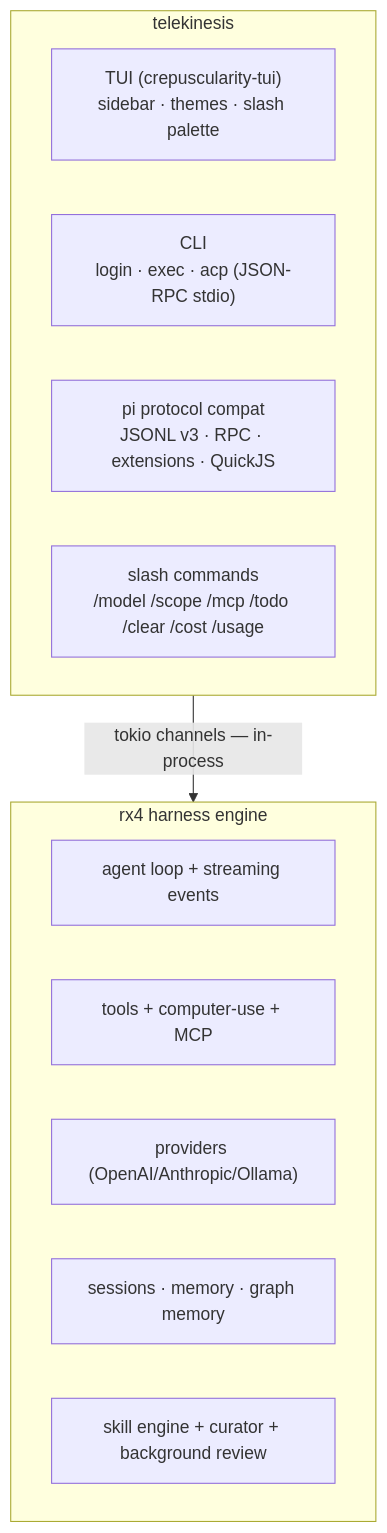
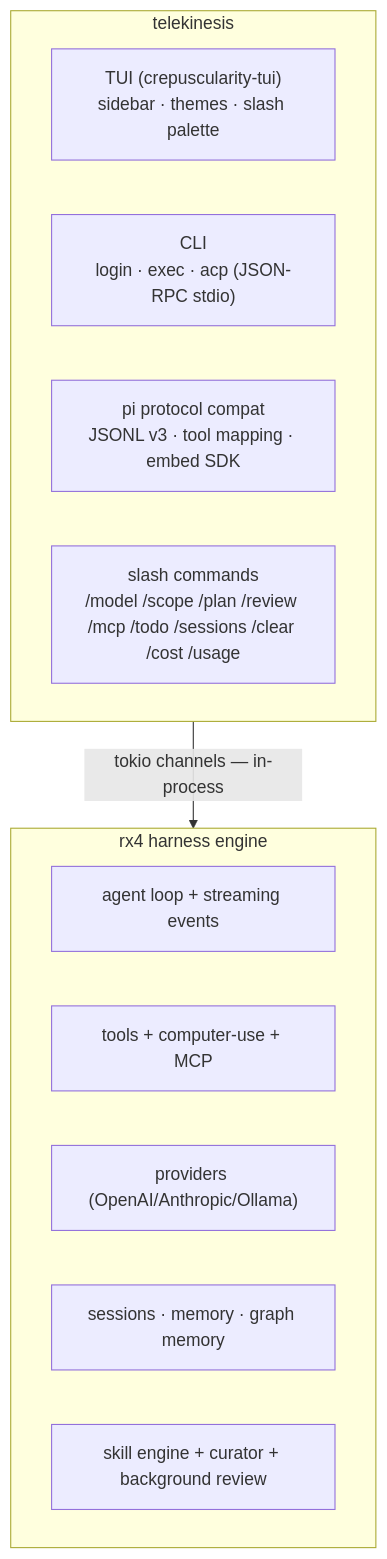
One commit to tschk/telekinesis changed the first of 3 diagrams in AGENTS.md. Above: the diagram before and after it, drawn with Mermaid. The commit also changed other lines of this file and 4 other files, not shown here.

````diff
--- a/AGENTS.md
+++ b/AGENTS.md
@@ -17,17 +17,17 @@
 ```mermaid
 flowchart TD
   subgraph TK["telekinesis"]
     TUI["TUI (crepuscularity-tui)<br/>sidebar · themes · slash palette"]
     CLI["CLI<br/>login · exec · acp (JSON-RPC stdio)"]
-    Pi["pi protocol compat<br/>JSONL v3 · RPC · extensions · QuickJS"]
-    Slash["slash commands<br/>/model /scope /mcp /todo /clear /cost /usage"]
+    Pi["pi protocol compat<br/>JSONL v3 · tool mapping · embed SDK"]
+    Slash["slash commands<br/>/model /scope /plan /review /mcp /todo /sessions /clear /cost /usage"]
   end
   TK -->|"tokio channels — in-process"| RX4
   subgraph RX4["rx4 harness engine"]
     Loop["agent loop + streaming events"]
     Tools["tools + computer-use + MCP"]
     Prov["providers (OpenAI/Anthropic/Ollama)"]
     Sess["sessions · memory · graph memory"]
     Skills["skill engine + curator + background review"]
   end
 ```
````
